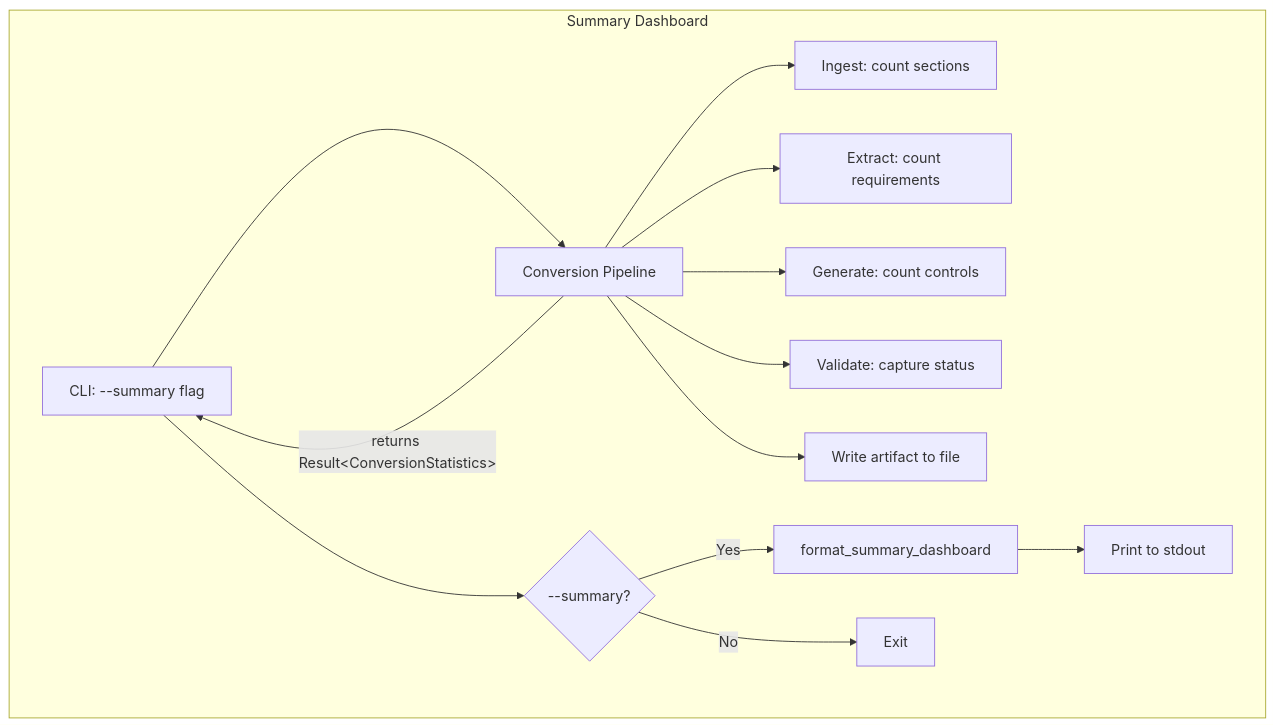
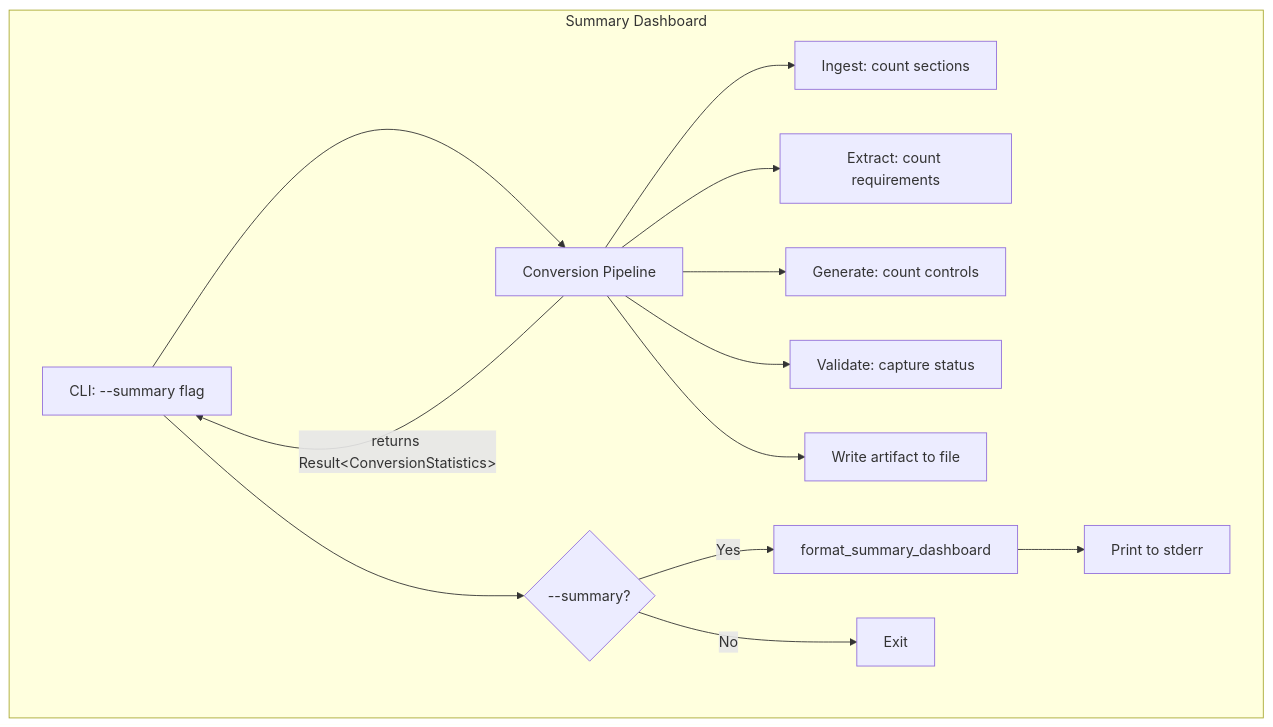
One commit to policy-forge/forge changed the fifth of 6 diagrams in docs/AR/044-ar-summary-dashboard.md. Above: the diagram before and after it, drawn with Mermaid. The commit also changed other lines of this file and 8 other files, not shown here.

````diff
--- a/docs/AR/044-ar-summary-dashboard.md
+++ b/docs/AR/044-ar-summary-dashboard.md
@@ -263,16 +263,16 @@
 ```mermaid
 graph TD
     subgraph "Summary Dashboard"
         CLI[CLI: --summary flag] --> Pipeline[Conversion Pipeline]
         Pipeline --> |"returns Result&lt;ConversionStatistics&gt;"| CLI
         Pipeline --> IngestStage[Ingest: count sections]
         Pipeline --> ExtractStage[Extract: count requirements]
         Pipeline --> GenerateStage[Generate: count controls]
         Pipeline --> ValidateStage[Validate: capture status]
         Pipeline --> Export[Write artifact to file]
         CLI --> CheckFlag{--summary?}
         CheckFlag -->|Yes| FormatFn[format_summary_dashboard]
-        FormatFn --> Stdout[Print to stdout]
+        FormatFn --> Stdout[Print to stderr]
         CheckFlag -->|No| Done[Exit]
     end
 ```
````
